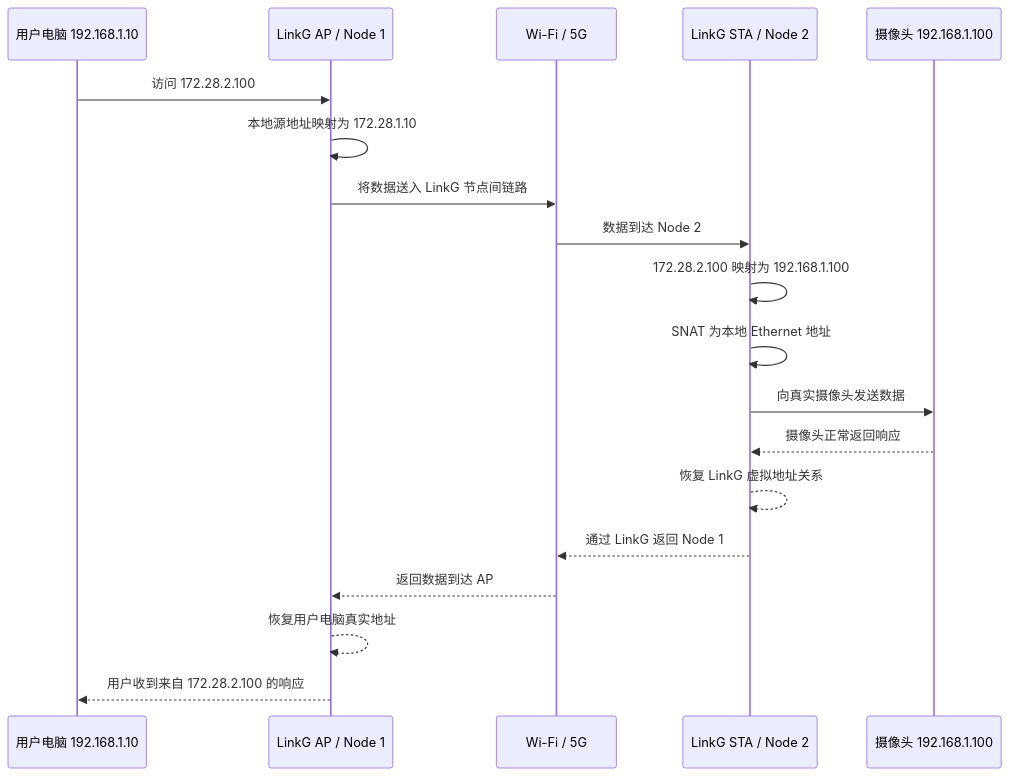
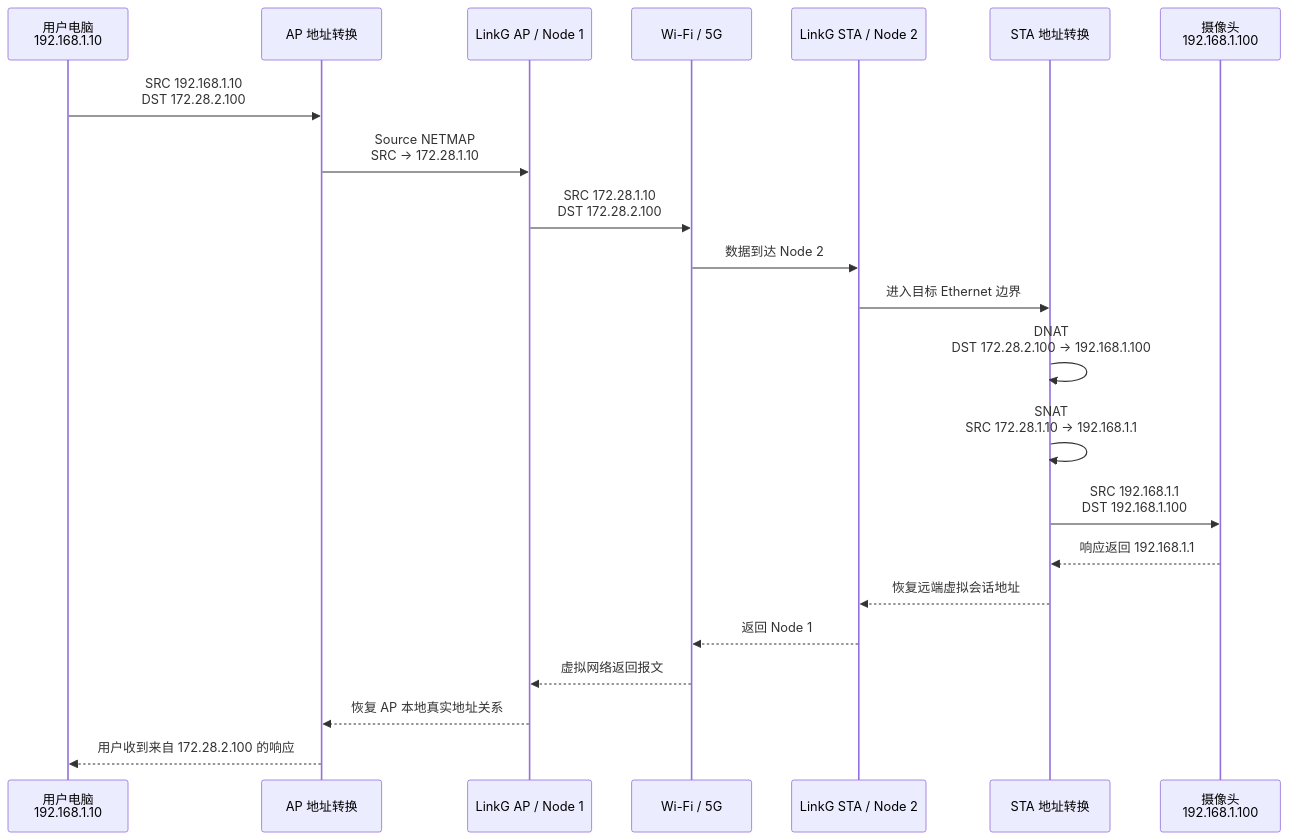
One commit to wnd443724421-cell/linkg changed the third of 3 diagrams in linkg-project-plan/LinkG项目具体落实方案_模块化/00-架构总览与模块关系.md. Above: the diagram before and after it, drawn with Mermaid. The commit also changed other lines of this file, not shown here.

Commit message:
docs: clarify dual Ethernet and two-stage NAT path

````diff
--- a/linkg-project-plan/LinkG项目具体落实方案_模块化/00-架构总览与模块关系.md
+++ b/linkg-project-plan/LinkG项目具体落实方案_模块化/00-架构总览与模块关系.md
@@ -262,23 +361,26 @@
 ```mermaid
 sequenceDiagram
-    participant PC as 用户电脑 192.168.1.10
+    participant PC as 用户电脑<br/>192.168.1.10
+    participant APN as AP 地址转换
     participant AP as LinkG AP / Node 1
     participant NET as Wi-Fi / 5G
     participant STA as LinkG STA / Node 2
-    participant CAM as 摄像头 192.168.1.100
+    participant STAN as STA 地址转换
+    participant CAM as 摄像头<br/>192.168.1.100
 
-    PC->>AP: 访问 172.28.2.100
-    AP->>AP: 本地源地址映射为 172.28.1.10
-    AP->>NET: 将数据送入 LinkG 节点间链路
+    PC->>APN: SRC 192.168.1.10<br/>DST 172.28.2.100
+    APN->>AP: Source NETMAP<br/>SRC → 172.28.1.10
+    AP->>NET: SRC 172.28.1.10<br/>DST 172.28.2.100
     NET->>STA: 数据到达 Node 2
-    STA->>STA: 172.28.2.100 映射为 192.168.1.100
-    STA->>STA: SNAT 为本地 Ethernet 地址
-    STA->>CAM: 向真实摄像头发送数据
+    STA->>STAN: 进入目标 Ethernet 边界
+    STAN->>STAN: DNAT<br/>DST 172.28.2.100 → 192.168.1.100
+    STAN->>STAN: SNAT<br/>SRC 172.28.1.10 → 192.168.1.1
+    STAN->>CAM: SRC 192.168.1.1<br/>DST 192.168.1.100
 
-    CAM-->>STA: 摄像头正常返回响应
-    STA-->>STA: 恢复 LinkG 虚拟地址关系
-    STA-->>NET: 通过 LinkG 返回 Node 1
-    NET-->>AP: 返回数据到达 AP
-    AP-->>AP: 恢复用户电脑真实地址
-    AP-->>PC: 用户收到来自 172.28.2.100 的响应
+    CAM-->>STAN: 响应返回 192.168.1.1
+    STAN-->>STA: 恢复远端虚拟会话地址
+    STA-->>NET: 返回 Node 1
+    NET-->>AP: 虚拟网络返回报文
+    AP-->>APN: 恢复 AP 本地真实地址关系
+    APN-->>PC: 用户收到来自 172.28.2.100 的响应
 ```
````
